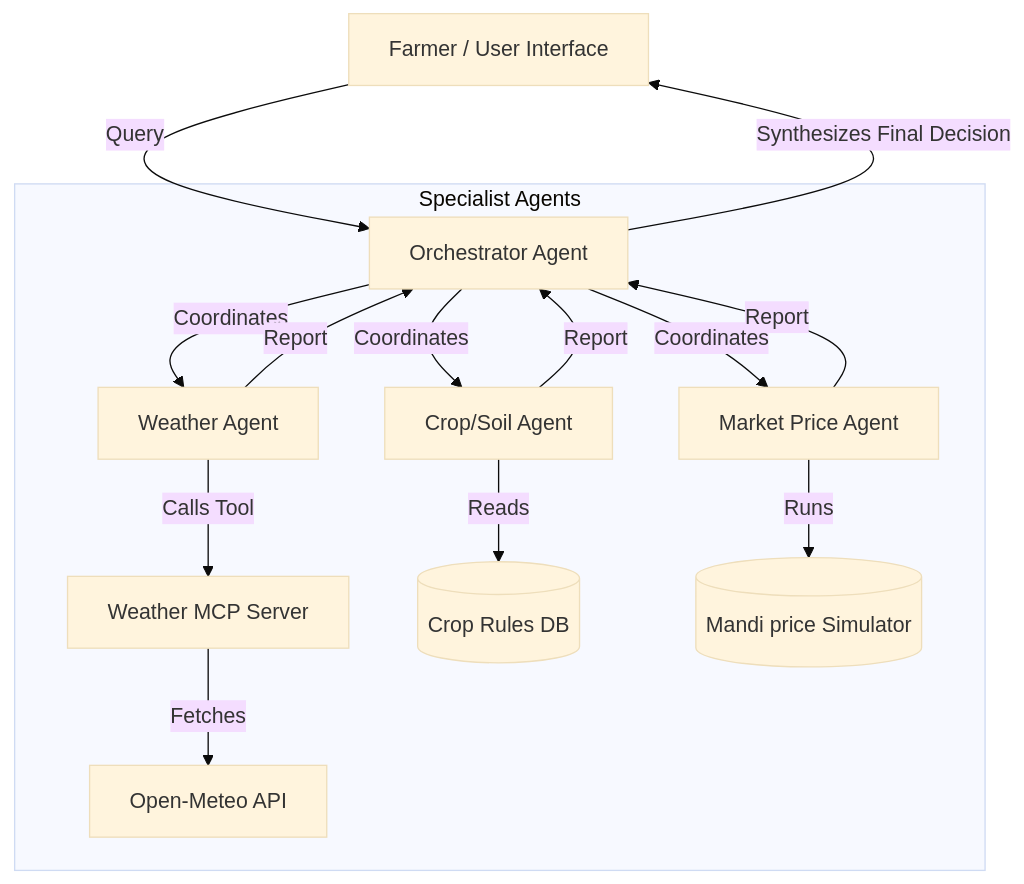
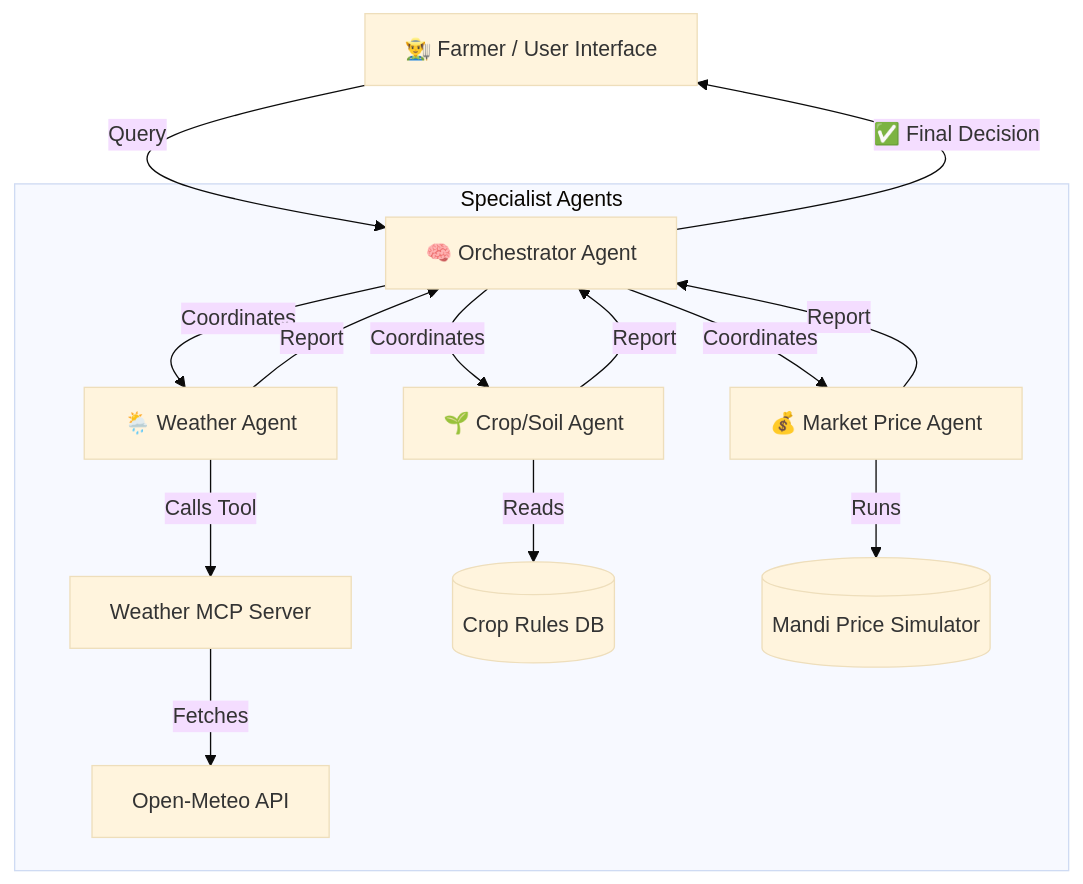
The diagram in README.md (Sagun-Bajpai/kisan-mitra-ai), drawn with Mermaid (base theme) before and after one commit. The commit also changed other lines of this file, not shown here.

````diff
--- a/README.md
+++ b/README.md
@@ -13,21 +68,21 @@
 ```mermaid
 graph TD
-    Farmer[Farmer / User Interface] -->|Query| Orchestrator[Orchestrator Agent]
-    
+    Farmer[👨‍🌾 Farmer / User Interface] -->|Query| Orchestrator[🧠 Orchestrator Agent]
+
     subgraph Specialist Agents
-        Orchestrator -->|Coordinates| WeatherAgent[Weather Agent]
-        Orchestrator -->|Coordinates| CropSoilAgent[Crop/Soil Agent]
-        Orchestrator -->|Coordinates| MarketAgent[Market Price Agent]
-      
+        Orchestrator -->|Coordinates| WeatherAgent[🌦️ Weather Agent]
+        Orchestrator -->|Coordinates| CropSoilAgent[🌱 Crop/Soil Agent]
+        Orchestrator -->|Coordinates| MarketAgent[💰 Market Price Agent]
+
         WeatherAgent -->|Calls Tool| MCPServer[Weather MCP Server]
         MCPServer -->|Fetches| OpenMeteo[Open-Meteo API]
         CropSoilAgent -->|Reads| RulesDB[(Crop Rules DB)]
-        MarketAgent -->|Runs| MandiSim[(Mandi price Simulator)]
+        MarketAgent -->|Runs| MandiSim[(Mandi Price Simulator)]
     end
-    
+
     WeatherAgent -->|Report| Orchestrator
     CropSoilAgent -->|Report| Orchestrator
     MarketAgent -->|Report| Orchestrator
-    
-    Orchestrator -->|Synthesizes Final Decision| Farmer
+
+    Orchestrator -->|✅ Final Decision| Farmer
 ```
````
